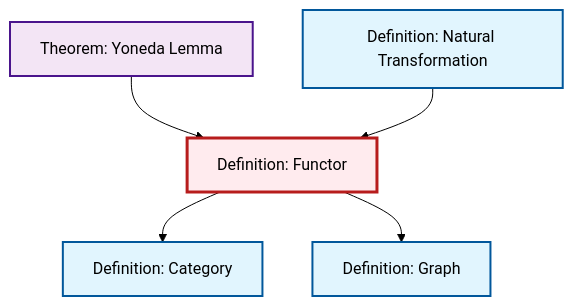
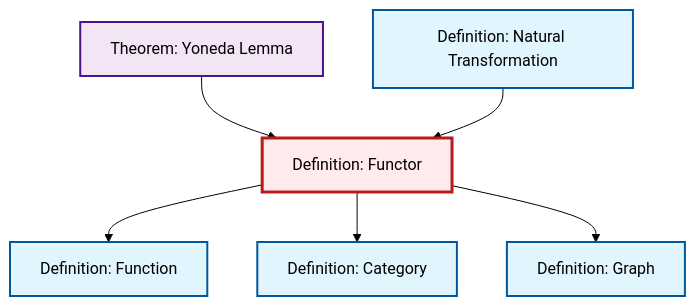
The diagram in content/ja/category-theory/def-functor.qmd (RK0429/ModernMath), drawn with Mermaid (forest theme) before and after one commit. The commit also changed 554 other files, not shown here.

````diff
--- a/content/ja/category-theory/def-functor.qmd
+++ b/content/ja/category-theory/def-functor.qmd
@@ -51,23 +51,26 @@
 ```{mermaid}
 %%| fig-cap: "Local dependency graph"
 graph TD
     classDef definition fill:#e1f5fe,stroke:#01579b,stroke-width:2px
     classDef theorem fill:#f3e5f5,stroke:#4a148c,stroke-width:2px
     classDef axiom fill:#fff3e0,stroke:#e65100,stroke-width:2px
     classDef example fill:#e8f5e9,stroke:#1b5e20,stroke-width:2px
     classDef current fill:#ffebee,stroke:#b71c1c,stroke-width:3px
+    def-functor["Definition: Functor"]:::definition
+    def-category["Definition: Category"]:::definition
     def-natural-transformation["Definition: Natural Transformation"]:::definition
-    def-functor["Definition: Functor"]:::definition
     thm-yoneda["Theorem: Yoneda Lemma"]:::theorem
-    def-category["Definition: Category"]:::definition
+    def-function["Definition: Function"]:::definition
     def-graph["Definition: Graph"]:::definition
     thm-yoneda --> def-functor
+    def-functor --> def-function
+    def-natural-transformation --> def-functor
     def-functor --> def-category
-    def-natural-transformation --> def-functor
     def-functor --> def-graph
     class def-functor current
+    click def-category "def-category.html" "Definition: Categoryへ"
     click def-natural-transformation "def-natural-transformation.html" "Definition: Natural Transformationへ"
     click thm-yoneda "thm-yoneda.html" "Theorem: Yoneda Lemmaへ"
-    click def-category "def-category.html" "Definition: Categoryへ"
+    click def-function "def-function.html" "Definition: Functionへ"
     click def-graph "def-graph.html" "Definition: Graphへ"
 ```
````
